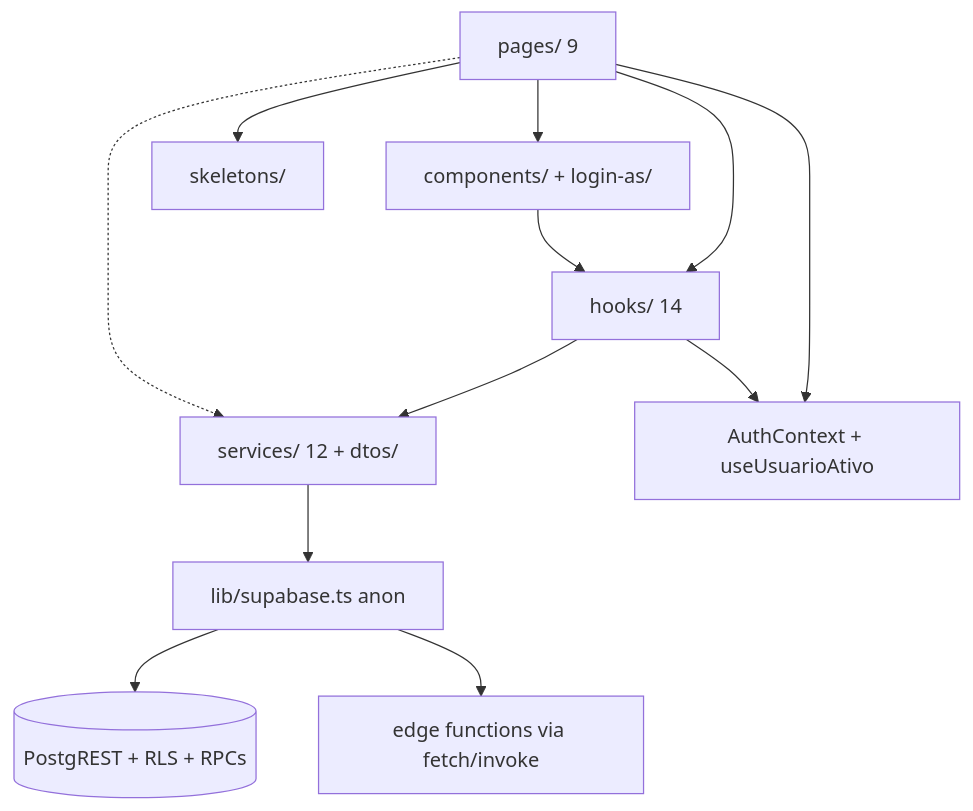
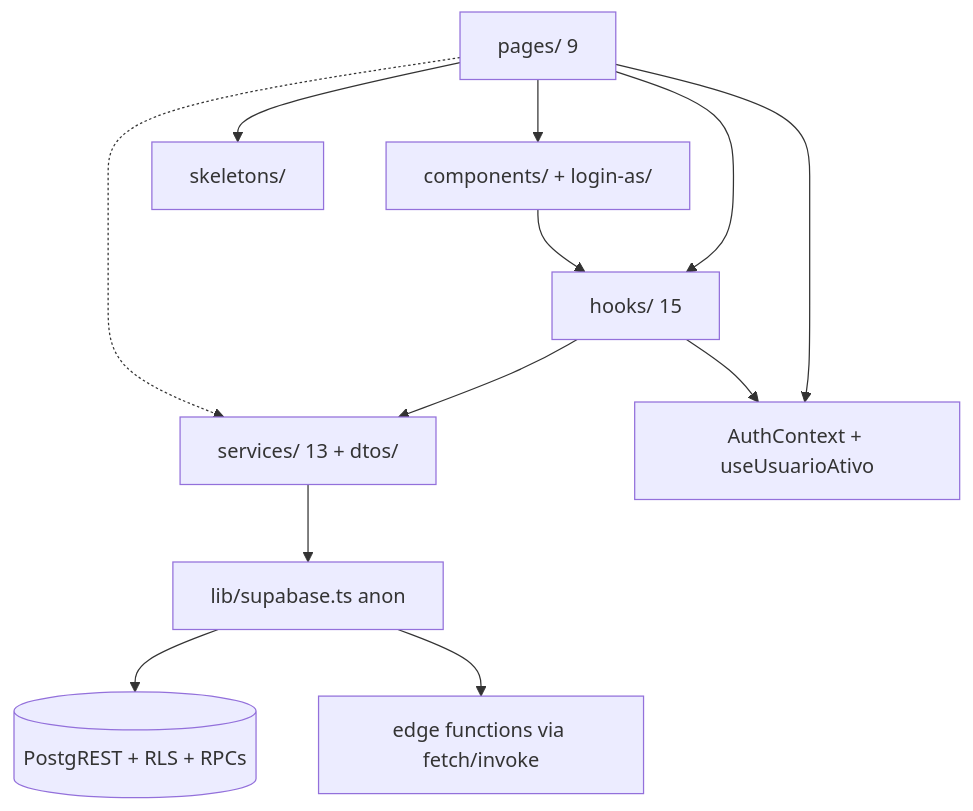
One commit to lucasmm96/meufenil changed the diagram in .ai/specs/current/frontend/overview.md. Above: the diagram before and after it, drawn with Mermaid. The commit also changed other lines of this file and 2 other files, not shown here.

````diff
--- a/.ai/specs/current/frontend/overview.md
+++ b/.ai/specs/current/frontend/overview.md
@@ -18,14 +18,14 @@
 ```mermaid
 flowchart TB
     P[pages/ 9] --> C[components/ + login-as/]
-    P --> H[hooks/ 14]
+    P --> H[hooks/ 15]
     C --> H
-    H --> S[services/ 12 + dtos/]
+    H --> S[services/ 13 + dtos/]
     P -.-> S
     S --> SUP[lib/supabase.ts anon]
     SUP --> PG[(PostgREST + RLS + RPCs)]
     SUP --> ED[edge functions via fetch/invoke]
     P --> AU[AuthContext + useUsuarioAtivo]
     H --> AU
     P --> SK[skeletons/]
 ```
````
